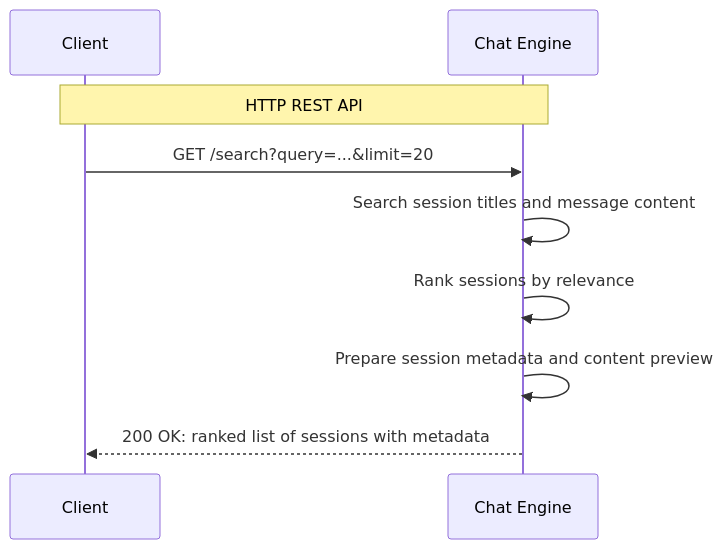
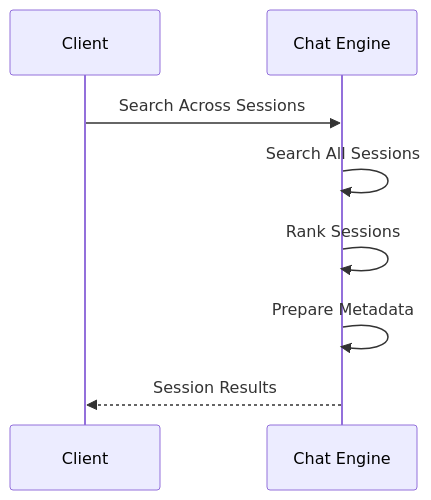
Before and after one commit to hypernetix/hyperspot: diagram 13 of 16 in modules/chat_engine/DESIGN.md, drawn with Mermaid. The commit also changed other lines of this file and 25 other files, not shown here.

````diff
--- a/modules/chat_engine/DESIGN.md
+++ b/modules/chat_engine/DESIGN.md
@@ -804,12 +758,11 @@
 ```mermaid
 sequenceDiagram
     participant Client
     participant Chat Engine
 
-    Note over Client,Chat Engine: HTTP REST API
-    Client->>Chat Engine: GET /search?query=...&limit=20
-    Chat Engine->>Chat Engine: Search session titles and message content
-    Chat Engine->>Chat Engine: Rank sessions by relevance
-    Chat Engine->>Chat Engine: Prepare session metadata and content preview
-    Chat Engine-->>Client: 200 OK: ranked list of sessions with metadata
+    Client->>Chat Engine: Search Across Sessions
+    Chat Engine->>Chat Engine: Search All Sessions
+    Chat Engine->>Chat Engine: Rank Sessions
+    Chat Engine->>Chat Engine: Prepare Metadata
+    Chat Engine-->>Client: Session Results
 ```
````
